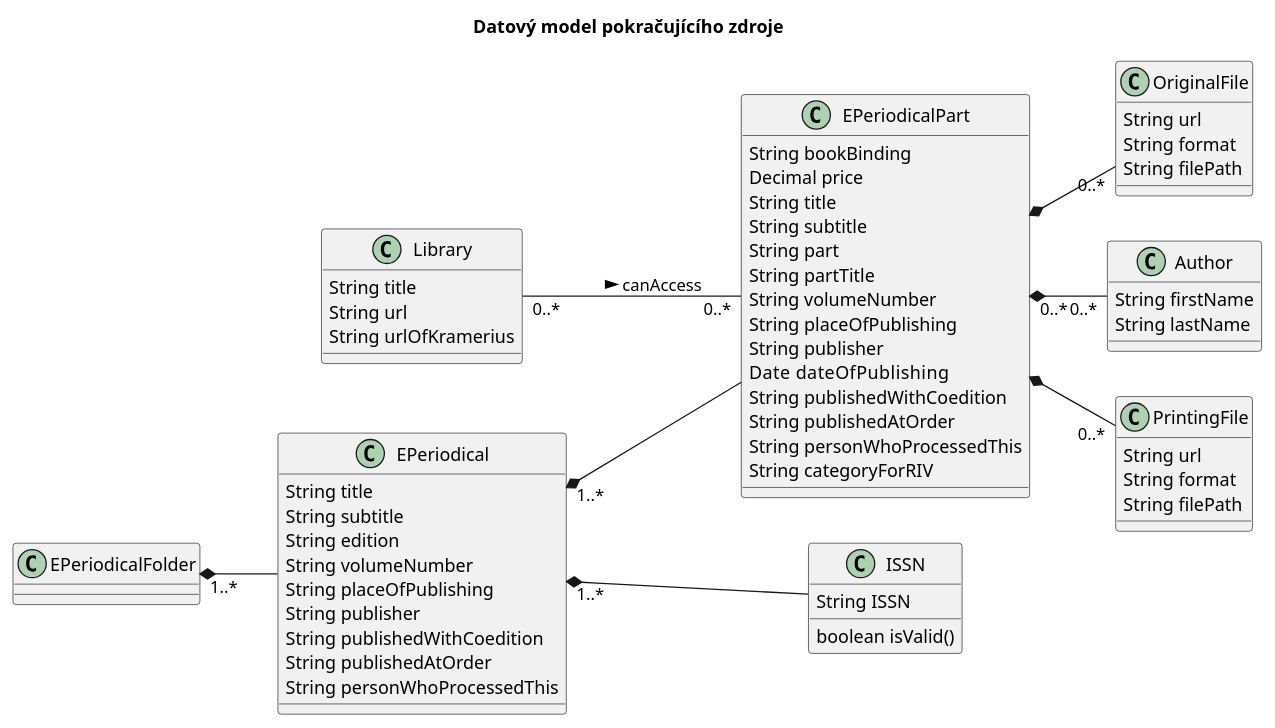
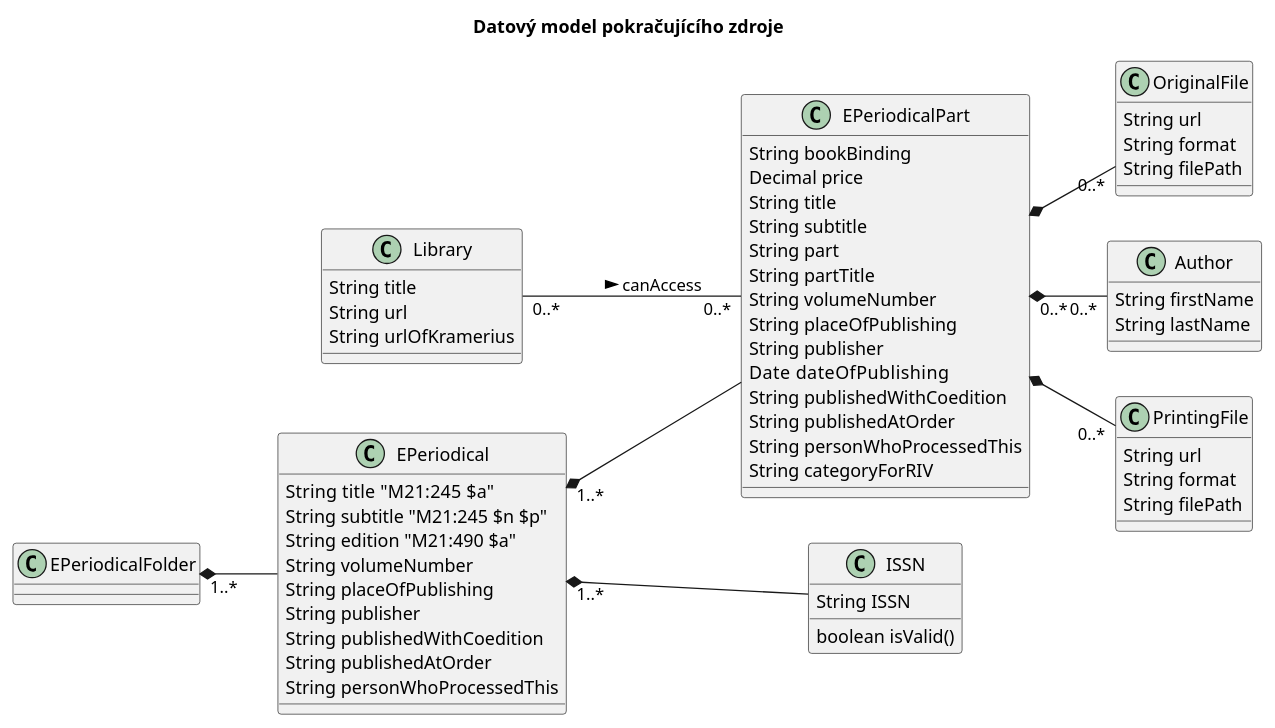
One commit to edeposit/edeposit changed the diagram in docs/dm02.plantuml. Above: the diagram before and after it, drawn with PlantUML. The commit also changed 16 other files, not shown here.

```diff
--- a/docs/dm02.plantuml
+++ b/docs/dm02.plantuml
@@ -1,73 +1,73 @@
 @startuml
 left to right direction
 title Datový model pokračujícího zdroje
 
 class Library {
       String title
       String url
       String urlOfKramerius
 }
 
 class ISSN {
       String ISSN
       boolean isValid()
 }
 
 class OriginalFile {
       String url
       String format
       String filePath
 }
 
 class Author {
       String firstName
       String lastName
 }
 
 class PrintingFile {
       String url
       String format
       String filePath
 }
 
 class EPeriodicalFolder {
 }
 
 class EPeriodical {
-      String title
-      String subtitle
-      String edition
+      String title  "M21:245 $a"
+      String subtitle "M21:245 $n $p"
+      String edition "M21:490 $a"
       String volumeNumber
       String placeOfPublishing
       String publisher
       String publishedWithCoedition
       String publishedAtOrder
       String personWhoProcessedThis
 }
 
 class EPeriodicalPart {
       String bookBinding
       Decimal price
       String title
       String subtitle
       String part
       String partTitle
       String volumeNumber
       String placeOfPublishing
       String publisher
       Date   dateOfPublishing
       String publishedWithCoedition
       String publishedAtOrder
       String personWhoProcessedThis
       String categoryForRIV
 }
 
 Library "0..*" -- "0..*" EPeriodicalPart: canAccess >
 EPeriodicalPart *-- "0..*" OriginalFile
 EPeriodicalPart *-- "0..*" PrintingFile
 EPeriodicalPart "0..*" *-- "0..*" Author
 EPeriodical "1..*" *-- EPeriodicalPart
 EPeriodical "1..*" *-- ISSN
 EPeriodicalFolder "1..*" *-- EPeriodical
 
 @enduml
```
